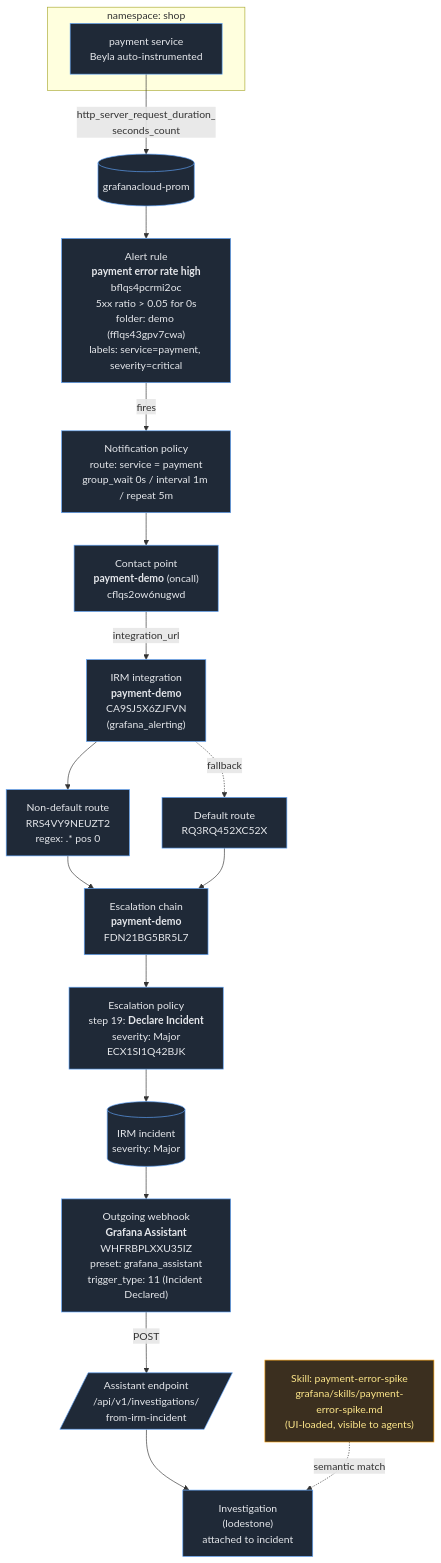
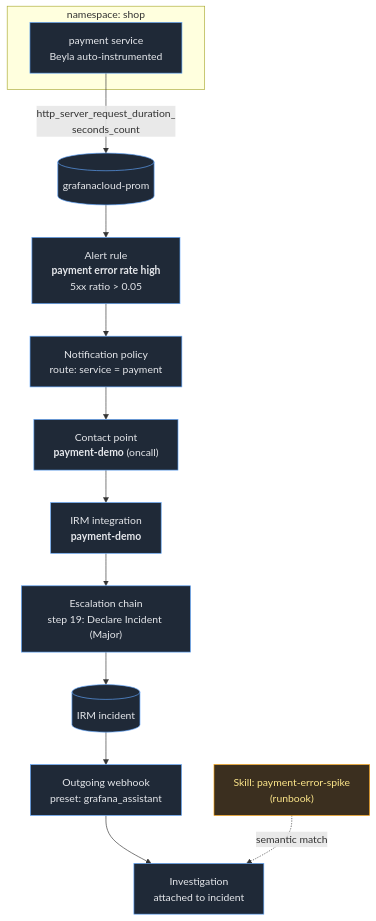
Before and after one commit to wardbekker/shopwise: the second of 2 diagrams in grafana/FLOW.md, drawn with Mermaid. The commit also changed other lines of this file, not shown here.

Commit message:
Simplify FLOW.md headline diagram for customer presentation
Leads with a 5-node story (app -> Grafana Cloud -> autonomous
Investigation -> runbook -> PR with fix) so non-experts grasp the
value prop at a glance. Full technical wiring stays available in a
collapsed section for engineering audiences.

````diff
--- a/grafana/FLOW.md
+++ b/grafana/FLOW.md
@@ -6,39 +43,22 @@
 ```mermaid
 flowchart TD
     subgraph shop["namespace: shop"]
       PAY[payment service<br/>Beyla auto-instrumented]
     end
 
     PAY -->|http_server_request_duration_<br/>seconds_count| PROM[(grafanacloud-prom)]
-
-    PROM --> RULE["Alert rule<br/><b>payment error rate high</b><br/>bflqs4pcrmi2oc<br/>5xx ratio &gt; 0.05 for 0s<br/>folder: demo (fflqs43gpv7cwa)<br/>labels: service=payment, severity=critical"]
-
-    RULE -->|fires| NP["Notification policy<br/>route: service = payment<br/>group_wait 0s / interval 1m / repeat 5m"]
-    NP --> CP["Contact point<br/><b>payment-demo</b> (oncall)<br/>cflqs2ow6nugwd"]
-
-    CP -->|integration_url| INT["IRM integration<br/><b>payment-demo</b><br/>CA9SJ5X6ZJFVN<br/>(grafana_alerting)"]
-
-    INT --> RT0["Non-default route<br/>RRS4VY9NEUZT2<br/>regex: .*  pos 0"]
-    INT -.->|fallback| RTD["Default route<br/>RQ3RQ452XC52X"]
-
-    RT0 --> CHAIN["Escalation chain<br/><b>payment-demo</b><br/>FDN21BG5BR5L7"]
-    RTD --> CHAIN
-
-    CHAIN --> ESC["Escalation policy<br/>step 19: <b>Declare Incident</b><br/>severity: Major<br/>ECX1SI1Q42BJK"]
-
-    ESC --> INC[("IRM incident<br/>severity: Major")]
-
-    INC --> WH["Outgoing webhook<br/><b>Grafana Assistant</b><br/>WHFRBPLXXU35IZ<br/>preset: grafana_assistant<br/>trigger_type: 11 (Incident Declared)"]
-
-    WH -->|POST| EP[/"Assistant endpoint<br/>/api/v1/investigations/<br/>from-irm-incident"/]
-
-    EP --> INV["Investigation<br/>(lodestone)<br/>attached to incident"]
-
-    SKILL["Skill: payment-error-spike<br/>grafana/skills/payment-error-spike.md<br/>(UI-loaded, visible to agents)"]
-    SKILL -.->|semantic match| INV
+    PROM --> RULE["Alert rule<br/><b>payment error rate high</b><br/>5xx ratio &gt; 0.05"]
+    RULE --> NP["Notification policy<br/>route: service = payment"]
+    NP --> CP["Contact point<br/><b>payment-demo</b> (oncall)"]
+    CP --> INT["IRM integration<br/><b>payment-demo</b>"]
+    INT --> CHAIN["Escalation chain<br/>step 19: Declare Incident (Major)"]
+    CHAIN --> INC[("IRM incident")]
+    INC --> WH["Outgoing webhook<br/>preset: grafana_assistant"]
+    WH --> INV["Investigation<br/>attached to incident"]
+    SKILL["Skill: payment-error-spike<br/>(runbook)"] -.->|semantic match| INV
 
     classDef live fill:#1f2937,stroke:#60a5fa,color:#e5e7eb
     classDef manual fill:#3b2f1f,stroke:#f59e0b,color:#fde68a
-    class PAY,PROM,RULE,NP,CP,INT,RT0,RTD,CHAIN,ESC,INC,WH,EP,INV live
+    class PAY,PROM,RULE,NP,CP,INT,CHAIN,INC,WH,INV live
     class SKILL manual
 ```
````
